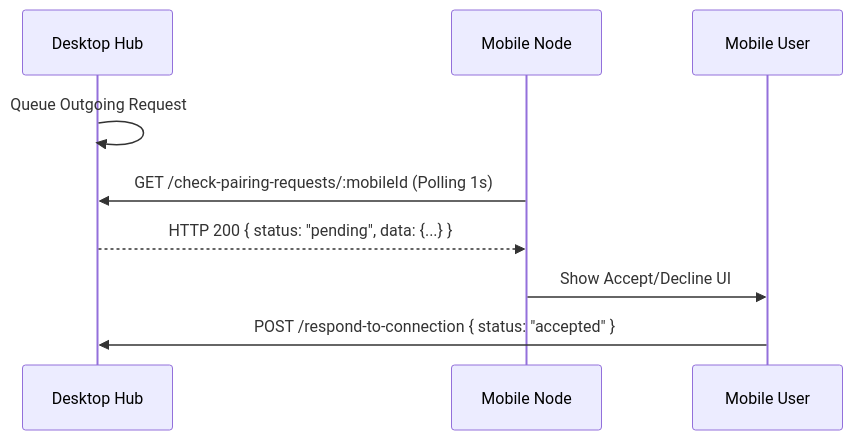
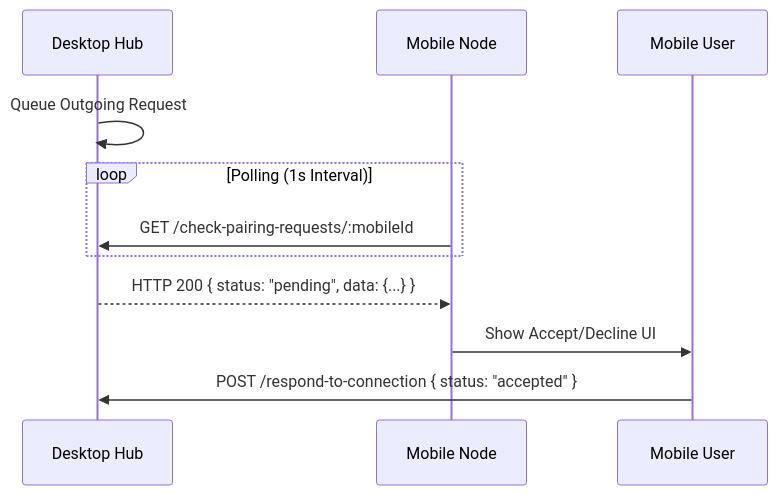
One commit to lwshakib/exlink-file-transfer changed the third of 3 diagrams in HOW_IT_WORKS.md. Above: the diagram before and after it, drawn with Mermaid. The commit also changed other lines of this file and 5 other files, not shown here.

````diff
--- a/HOW_IT_WORKS.md
+++ b/HOW_IT_WORKS.md
@@ -68,12 +86,14 @@
 ```mermaid
 sequenceDiagram
     participant D as Desktop Hub
     participant M as Mobile Node
     participant UI as Mobile User
     
     D->>D: Queue Outgoing Request
-    M->>D: GET /check-pairing-requests/:mobileId (Polling 1s)
+    loop Polling (1s Interval)
+        M->>D: GET /check-pairing-requests/:mobileId
+    end
     D-->>M: HTTP 200 { status: "pending", data: {...} }
     M->>UI: Show Accept/Decline UI
     UI->>D: POST /respond-to-connection { status: "accepted" }
 ```
````
